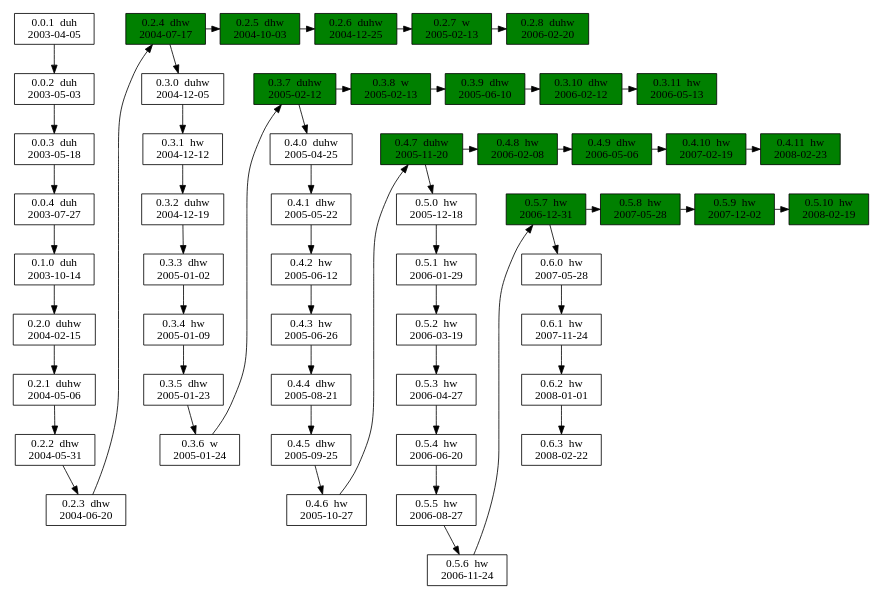
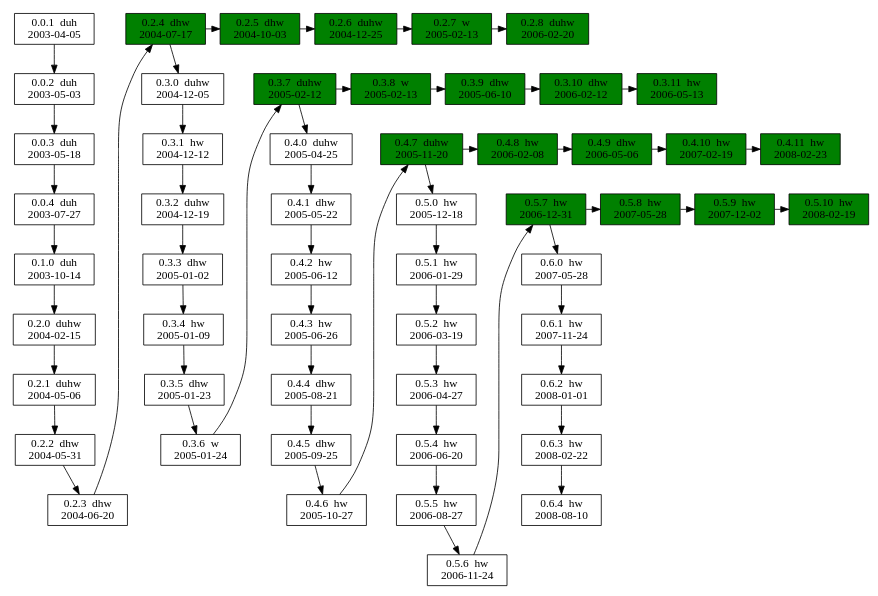
Before and after one commit to vanhoefm/krackattacks-scripts: the diagram in www/versions.dot, drawn with Graphviz. The commit also changed 6 other files, not shown here.

```diff
--- a/www/versions.dot
+++ b/www/versions.dot
@@ -1,97 +1,98 @@
 digraph versions {
 	size="10,6"
 #	rankdir=LR
 
 # development releases
 
 	node [shape=box]
 	v001 [label="0.0.1  duh\n2003-04-05"]
 	v002 [label="0.0.2  duh\n2003-05-03"]
 	v003 [label="0.0.3  duh\n2003-05-18"]
 	v004 [label="0.0.4  duh\n2003-07-27"]
 	v010 [label="0.1.0  duh\n2003-10-14"]
 	v020 [label="0.2.0  duhw\n2004-02-15"]
 	v021 [label="0.2.1  duhw\n2004-05-06"]
 	v022 [label="0.2.2  dhw\n2004-05-31"]
 	v023 [label="0.2.3  dhw\n2004-06-20"]
 	v030 [label="0.3.0  duhw\n2004-12-05"]
 	v031 [label="0.3.1  hw\n2004-12-12"]
 	v032 [label="0.3.2  duhw\n2004-12-19"]
 	v033 [label="0.3.3  dhw\n2005-01-02"]
 	v034 [label="0.3.4  hw\n2005-01-09"]
 	v035 [label="0.3.5  dhw\n2005-01-23"]
 	v036 [label="0.3.6  w\n2005-01-24"]
 
 	v040 [label="0.4.0  duhw\n2005-04-25"]
 	v041 [label="0.4.1  dhw\n2005-05-22"]
 	v042 [label="0.4.2  hw\n2005-06-12"]
 	v043 [label="0.4.3  hw\n2005-06-26"]
 	v044 [label="0.4.4  dhw\n2005-08-21"]
 	v045 [label="0.4.5  dhw\n2005-09-25"]
 	v046 [label="0.4.6  hw\n2005-10-27"]
 	v050 [label="0.5.0  hw\n2005-12-18"]
 	v051 [label="0.5.1  hw\n2006-01-29"]
 	v052 [label="0.5.2  hw\n2006-03-19"]
 	v053 [label="0.5.3  hw\n2006-04-27"]
 	v054 [label="0.5.4  hw\n2006-06-20"]
 	v055 [label="0.5.5  hw\n2006-08-27"]
 	v056 [label="0.5.6  hw\n2006-11-24"]
 	v060 [label="0.6.0  hw\n2007-05-28"]
 	v061 [label="0.6.1  hw\n2007-11-24"]
 	v062 [label="0.6.2  hw\n2008-01-01"]
 	v063 [label="0.6.3  hw\n2008-02-22"]
+	v064 [label="0.6.4  hw\n2008-08-10"]
 
 # stable releases
 
 	node [fillcolor=green style=filled]
 	v024 [label="0.2.4  dhw\n2004-07-17"]
 	v025 [label="0.2.5  dhw\n2004-10-03"]
 	v026 [label="0.2.6  duhw\n2004-12-25"]
 	v027 [label="0.2.7  w\n2005-02-13"]
 	v028 [label="0.2.8  duhw\n2006-02-20"]
 	v037 [label="0.3.7  duhw\n2005-02-12"]
 	v038 [label="0.3.8  w\n2005-02-13"]
 	v039 [label="0.3.9  dhw\n2005-06-10"]
 	v0310 [label="0.3.10  dhw\n2006-02-12"]
 	v0311 [label="0.3.11  hw\n2006-05-13"]
 	v047 [label="0.4.7  duhw\n2005-11-20"]
 	v048 [label="0.4.8  hw\n2006-02-08"]
 	v049 [label="0.4.9  dhw\n2006-05-06"]
 	v0410 [label="0.4.10  hw\n2007-02-19"]
 	v0411 [label="0.4.11  hw\n2008-02-23"]
 	v057 [label="0.5.7  hw\n2006-12-31"]
 	v058 [label="0.5.8  hw\n2007-05-28"]
 	v059 [label="0.5.9  hw\n2007-12-02"]
 	v0510 [label="0.5.10  hw\n2008-02-19"]
 
 # development releases
 
 	v001 -> v002 -> v003 -> v004
 	v004 -> v010 -> v020 -> v021 -> v022 -> v023 -> v024
 	v024 -> v030 -> v031 -> v032 -> v033 -> v034 -> v035 -> v036 -> v037
 	v037 -> v040 -> v041 -> v042 -> v043 -> v044 -> v045 -> v046 -> v047
 	v047 -> v050 -> v051 -> v052 -> v053 -> v054 -> v055 -> v056 -> v057
-	v057 -> v060 -> v061 -> v062 -> v063
+	v057 -> v060 -> v061 -> v062 -> v063 -> v064
 
 	{rank=same; v001 v024}
 	{rank=same; v030 v037}
 	{rank=same; v040 v047}
 	{rank=same; v050 v057}
-#	{rank=same; v060 v063}
+#	{rank=same; v060 v064}
 
 # stable releases
 
 	v024 -> v025 -> v026 -> v027 -> v028
 	v037 -> v038 -> v039 -> v0310 -> v0311
 	v047 -> v048 -> v049 -> v0410 -> v0411
 	v057 -> v058 -> v059 -> v0510
 
 	{rank=same; v024 v025 v026 v027 v028}
 	{rank=same; v037 v038 v039 v0310 v0311}
 	{rank=same; v047 v048 v049 v0410 v0411}
 	{rank=same; v057 v058 v059 v0510}
 
 #	edge [style=dashed,color=red]
 #	v030 -> v036
 
 }
```
